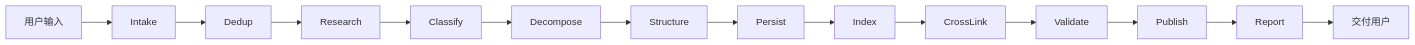
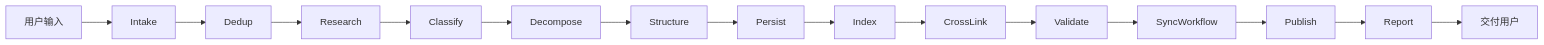
Before and after one commit to xzcjx/ai-study-center: the diagram in docs/WORKFLOW.md, drawn with Mermaid. The commit also changed other lines of this file and 8 other files, not shown here.

````diff
--- a/docs/WORKFLOW.md
+++ b/docs/WORKFLOW.md
@@ -9,16 +9,17 @@
 ```mermaid
 flowchart LR
   U[用户输入] --> H01
   H01[Intake] --> H02[Dedup]
   H02 --> H03[Research]
   H03 --> H04[Classify]
   H04 --> H05[Decompose]
   H05 --> H06[Structure]
   H06 --> H07[Persist]
   H07 --> H08[Index]
   H08 --> H09[CrossLink]
   H09 --> H10[Validate]
-  H10 --> H12[Publish]
+  H10 --> H13[SyncWorkflow]
+  H13 --> H12[Publish]
   H12 --> H11[Report]
   H11 --> D[交付用户]
 ```
````
